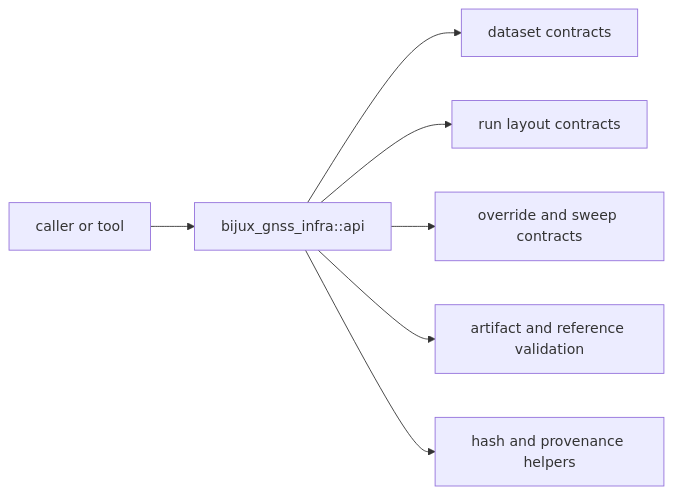
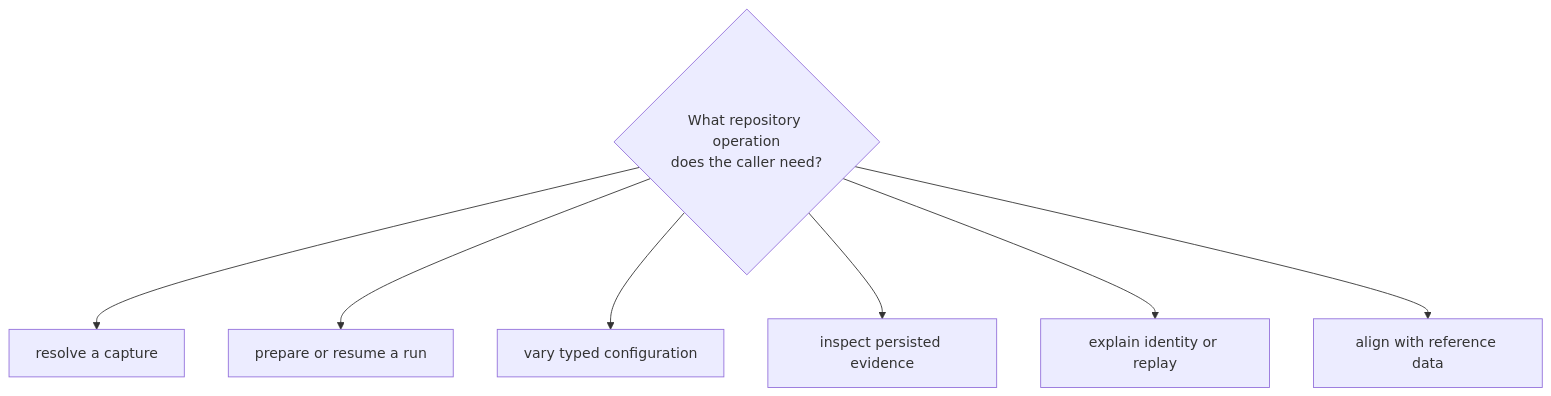
One commit to bijux/bijux-telecom changed the first of 2 diagrams in docs/03-bijux-gnss-infra/interfaces/index.md. Above: the diagram before and after it, drawn with Mermaid. The commit also changed other lines of this file, not shown here.

Commit message:
docs(infra): define repository-facing interface semantics

````diff
--- a/docs/03-bijux-gnss-infra/interfaces/index.md
+++ b/docs/03-bijux-gnss-infra/interfaces/index.md
@@ -23,17 +20,17 @@
 ```mermaid
-flowchart LR
-    caller["caller or tool"]
-    api["bijux_gnss_infra::api"]
-    datasets["dataset contracts"]
-    runs["run layout contracts"]
-    overrides["override and sweep contracts"]
-    validation["artifact and reference validation"]
-    provenance["hash and provenance helpers"]
+flowchart TD
+    need{"What repository operation<br/>does the caller need?"}
+    dataset["resolve a capture"]
+    run["prepare or resume a run"]
+    variation["vary typed configuration"]
+    inspect["inspect persisted evidence"]
+    provenance["explain identity or replay"]
+    reference["align with reference data"]
 
-    caller --> api
-    api --> datasets
-    api --> runs
-    api --> overrides
-    api --> validation
-    api --> provenance
+    need --> dataset
+    need --> run
+    need --> variation
+    need --> inspect
+    need --> provenance
+    need --> reference
 ```
````
